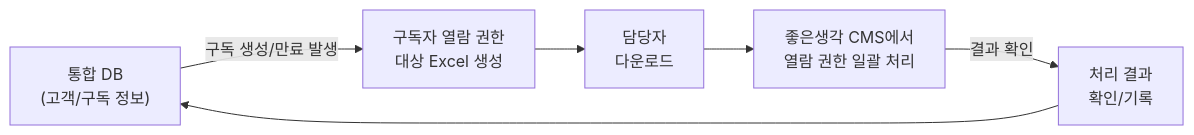
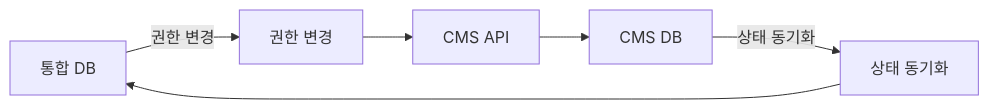
Before and after one commit to sknkwoxs/manual-book: the fifth of 5 diagrams in src/content/docs/goodthinking-isp/04-design/data-integration.md, drawn with Mermaid. The commit also changed other lines of this file and 6 other files, not shown here.

````diff
--- a/src/content/docs/goodthinking-isp/04-design/data-integration.md
+++ b/src/content/docs/goodthinking-isp/04-design/data-integration.md
@@ -242,14 +188,14 @@
 ```mermaid
 graph LR
-    A["통합 DB<br/>(고객/구독 정보)"]
-    B["구독자 열람 권한<br/>대상 Excel 생성"]
-    C["담당자<br/>다운로드"]
-    D["좋은생각 CMS에서<br/>열람 권한 일괄 처리"]
-    E["처리 결과<br/>확인/기록"]
+    A["통합 DB"]
+    B["권한 변경"]
+    C["CMS API"]
+    D["CMS DB"]
+    E["상태 동기화"]
     
-    A -->|구독 생성/만료 발생| B
+    A -->|권한 변경| B
     B --> C
     C --> D
-    D -->|결과 확인| E
+    D -->|상태 동기화| E
     E --> A
 ```
````
